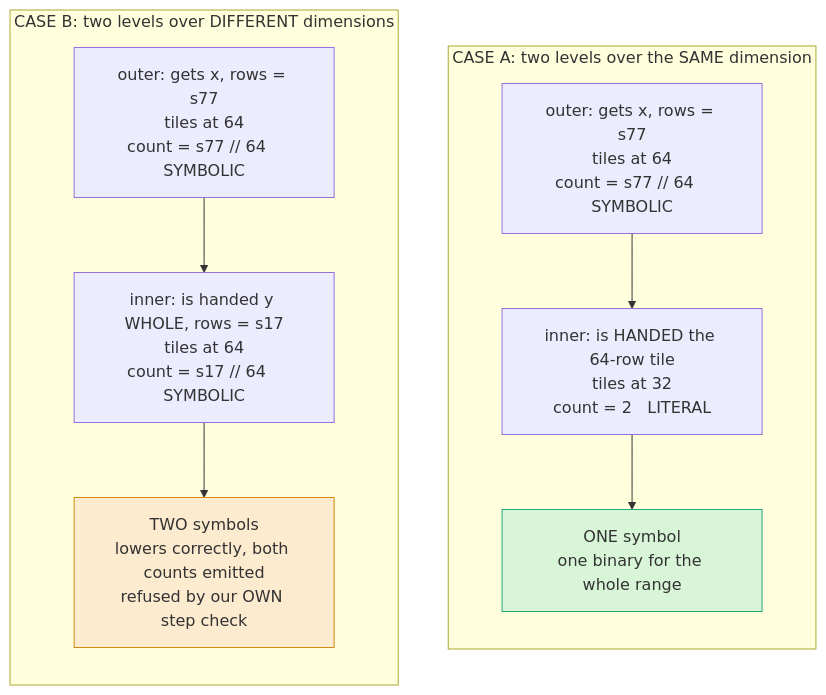
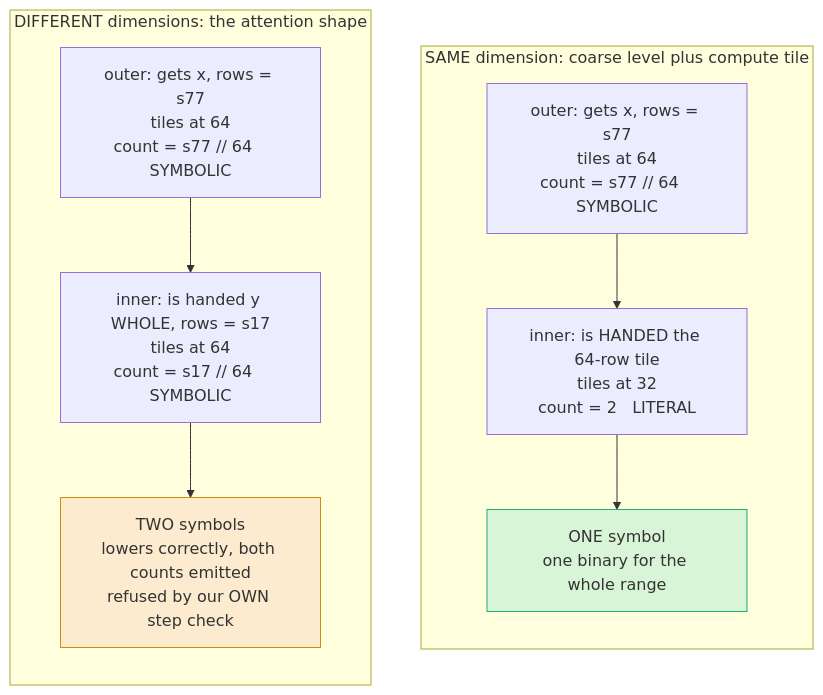
Before and after one commit to Vivek1258/torch-spyre: the third of 3 diagrams in docs/source/compiler/symbolic_shapes_review_three_questions.md, drawn with Mermaid. The commit also changed other lines of this file, not shown here.

````diff
--- a/docs/source/compiler/symbolic_shapes_review_three_questions.md
+++ b/docs/source/compiler/symbolic_shapes_review_three_questions.md
@@ -218,21 +240,21 @@
 ```mermaid
 flowchart TB
-    subgraph SAME["CASE A: two levels over the SAME dimension"]
+    subgraph SAME["SAME dimension: coarse level plus compute tile"]
         direction TB
         A1["outer: gets x, rows = s77<br/>tiles at 64<br/>count = s77 // 64   SYMBOLIC"]
         A2["inner: is HANDED the 64-row tile<br/>tiles at 32<br/>count = 2   LITERAL"]
         A3["ONE symbol<br/>one binary for the whole range"]
         A1 --> A2 --> A3
     end
 
-    subgraph DIFF["CASE B: two levels over DIFFERENT dimensions"]
+    subgraph DIFF["DIFFERENT dimensions: the attention shape"]
         direction TB
         B1["outer: gets x, rows = s77<br/>tiles at 64<br/>count = s77 // 64   SYMBOLIC"]
         B2["inner: is handed y WHOLE, rows = s17<br/>tiles at 64<br/>count = s17 // 64   SYMBOLIC"]
         B3["TWO symbols<br/>lowers correctly, both counts emitted<br/>refused by our OWN step check"]
         B1 --> B2 --> B3
     end
 
     style A3 fill:#d8f5d8,stroke:#2a7
     style B3 fill:#fdebd0,stroke:#d68910
 ```
````
